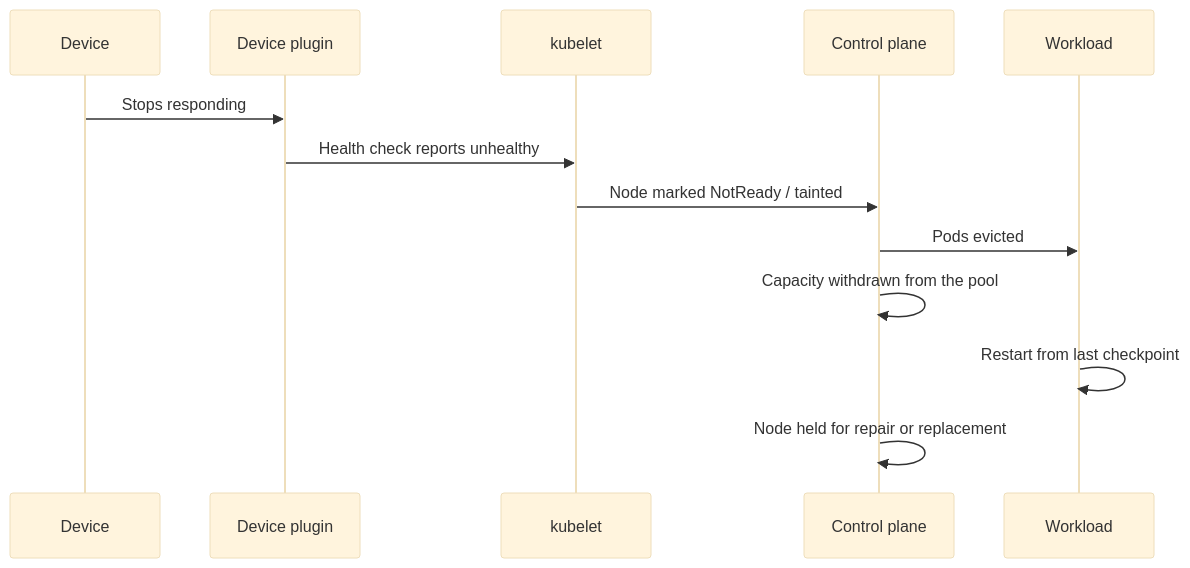
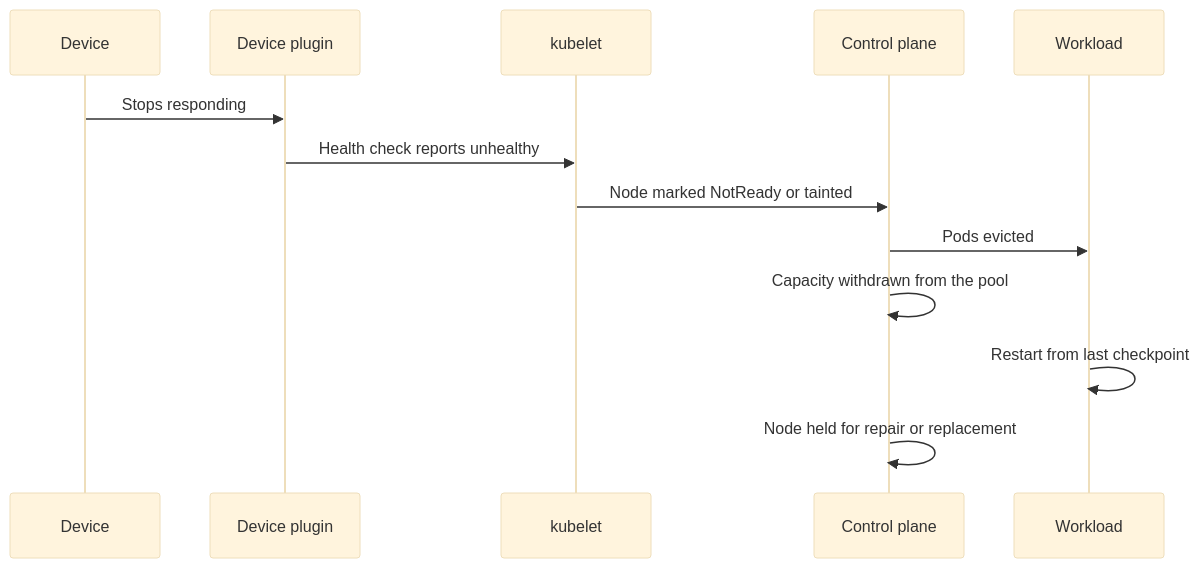
One commit to arpanpathak/cracking-the-systems-programming-interview changed the fifth of 5 diagrams in systems_design/03-gpu-cloud-control-plane.md. Above: the diagram before and after it, drawn with Mermaid (base theme). The commit also changed other lines of this file and 5 other files, not shown here.

````diff
--- a/systems_design/03-gpu-cloud-control-plane.md
+++ b/systems_design/03-gpu-cloud-control-plane.md
@@ -193,16 +199,16 @@
 ```mermaid
 sequenceDiagram
     participant D as Device
     participant P as Device plugin
     participant K as kubelet
     participant C as Control plane
     participant J as Workload
 
     D->>P: Stops responding
     P->>K: Health check reports unhealthy
-    K->>C: Node marked NotReady / tainted
+    K->>C: Node marked NotReady or tainted
     C->>J: Pods evicted
     C->>C: Capacity withdrawn from the pool
     J->>J: Restart from last checkpoint
     C->>C: Node held for repair or replacement
 ```
````
